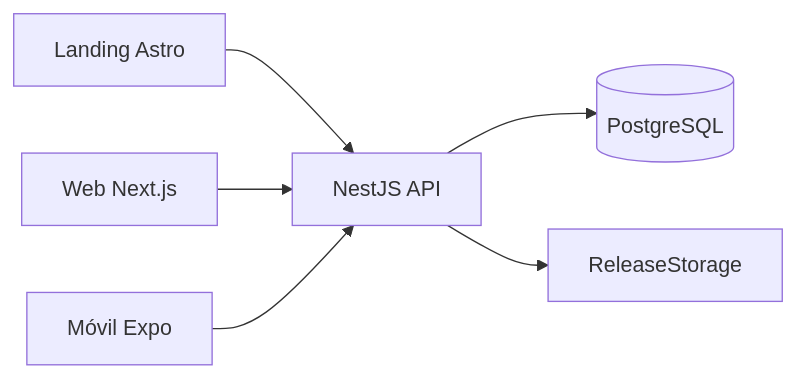
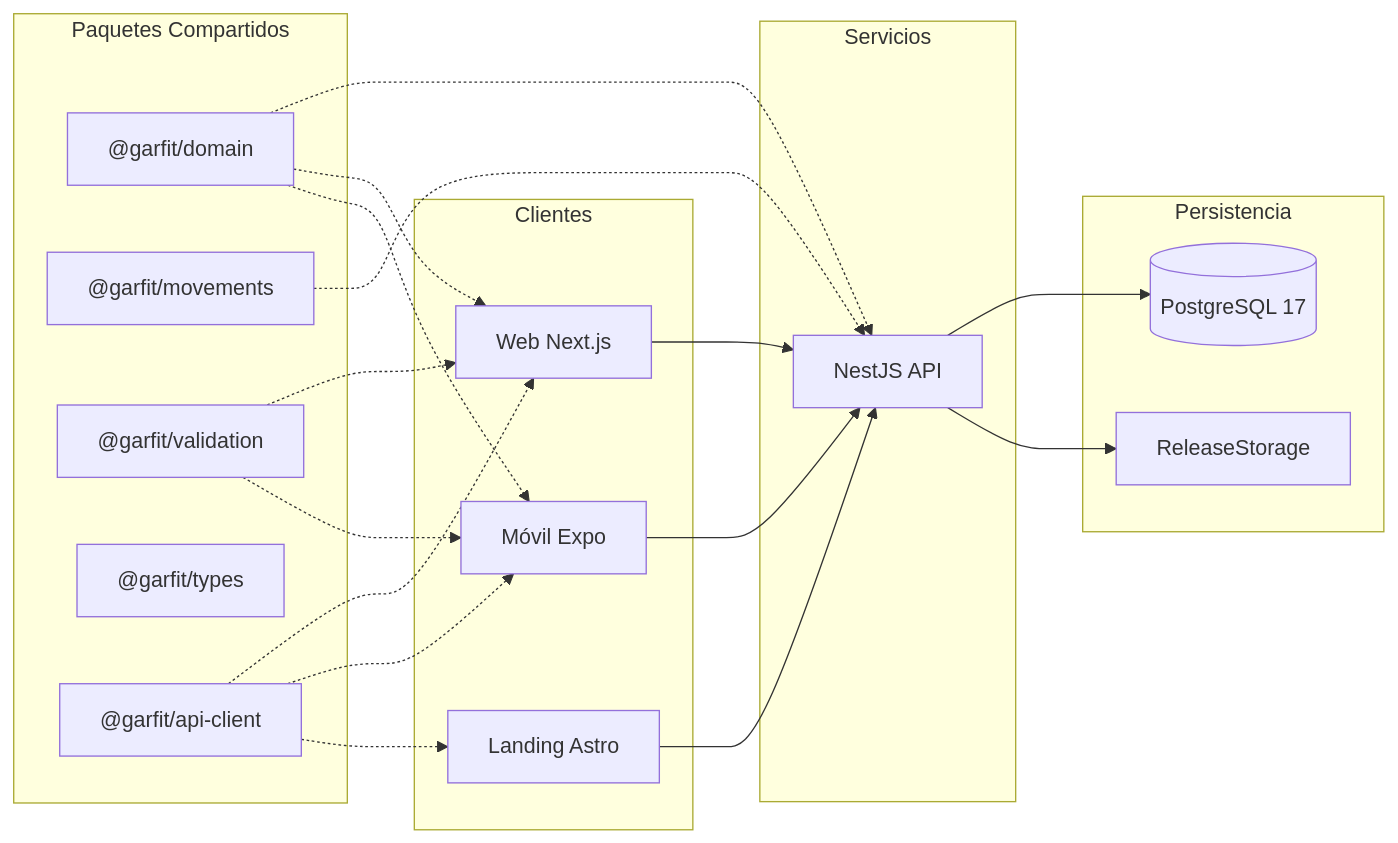
The diagram in README.md (David7u79/Prototipo), drawn with Mermaid before and after one commit. The commit also changed other lines of this file and 12 other files, not shown here.

````diff
--- a/README.md
+++ b/README.md
@@ -20,8 +26,32 @@
 ```mermaid
 flowchart LR
-  L[Landing Astro] --> A[NestJS API]
-  W[Web Next.js] --> A
-  M[Móvil Expo] --> A
-  A --> P[(PostgreSQL)]
-  A --> S[ReleaseStorage]
+  subgraph Clientes
+    L[Landing Astro]
+    W[Web Next.js]
+    M[Móvil Expo]
+  end
+  subgraph Servicios
+    A[NestJS API]
+  end
+  subgraph Paquetes Compartidos
+    DOM["@garfit/domain"]
+    MOV["@garfit/movements"]
+    VAL["@garfit/validation"]
+    TYP["@garfit/types"]
+    CLI["@garfit/api-client"]
+  end
+  subgraph Persistencia
+    P[(PostgreSQL 17)]
+    S[ReleaseStorage]
+  end
+
+  L --> A
+  W --> A
+  M --> A
+  A --> P
+  A --> S
+  DOM -.-> A & W & M
+  MOV -.-> A
+  VAL -.-> W & M
+  CLI -.-> W & M & L
 ```
````
